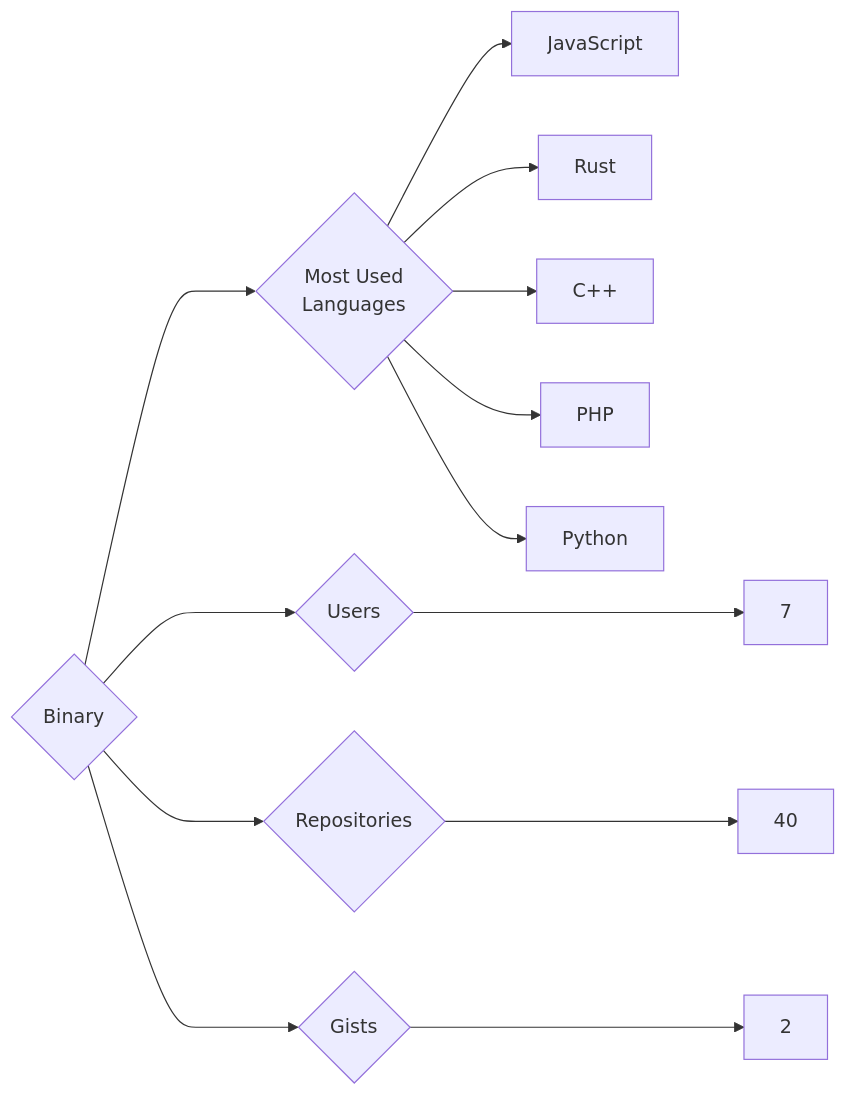
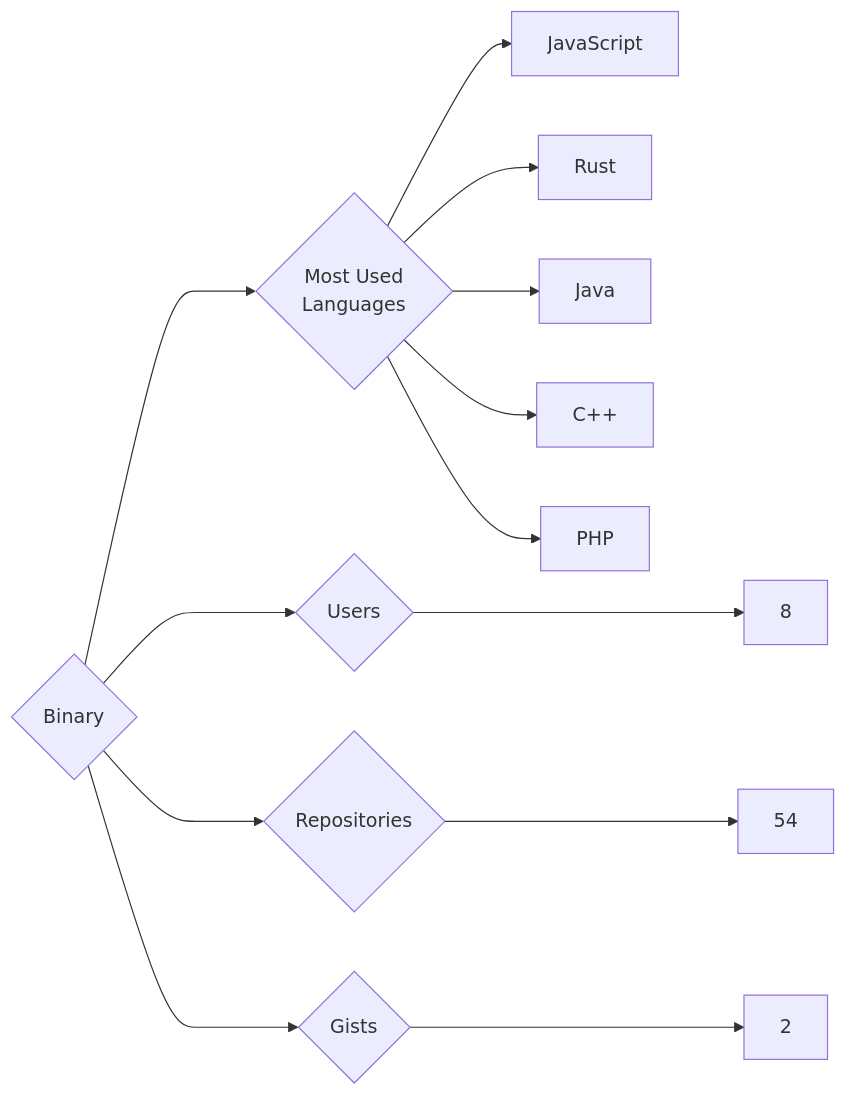
The diagram in targets/Binary/README.md (trickest/insiders), drawn with Mermaid before and after one commit. The commit also changed 927 other files, not shown here.

````diff
--- a/targets/Binary/README.md
+++ b/targets/Binary/README.md
@@ -3,13 +3,13 @@
 ```mermaid
 graph LR
 COMPANY_NAME{Binary}
-COMPANY_NAME ---> U{Users} ---> UN[7]
-COMPANY_NAME ---> R{Repositories} ---> RN[40]
+COMPANY_NAME ---> U{Users} ---> UN[8]
+COMPANY_NAME ---> R{Repositories} ---> RN[54]
 COMPANY_NAME ---> G{Gists} ---> GN[2]
 COMPANY_NAME ---> ML{Most Used<br>Languages}
 ML --> JavaScript[JavaScript]
 ML --> Rust[Rust]
+ML --> Java[Java]
 ML --> C++[C++]
 ML --> PHP[PHP]
-ML --> Python[Python]
 ```
````
